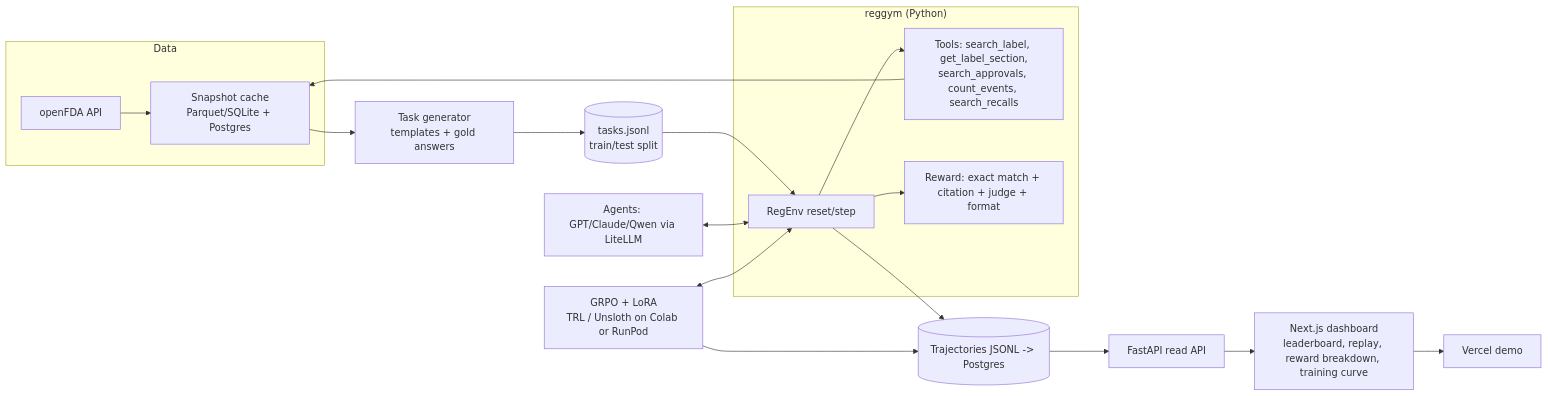
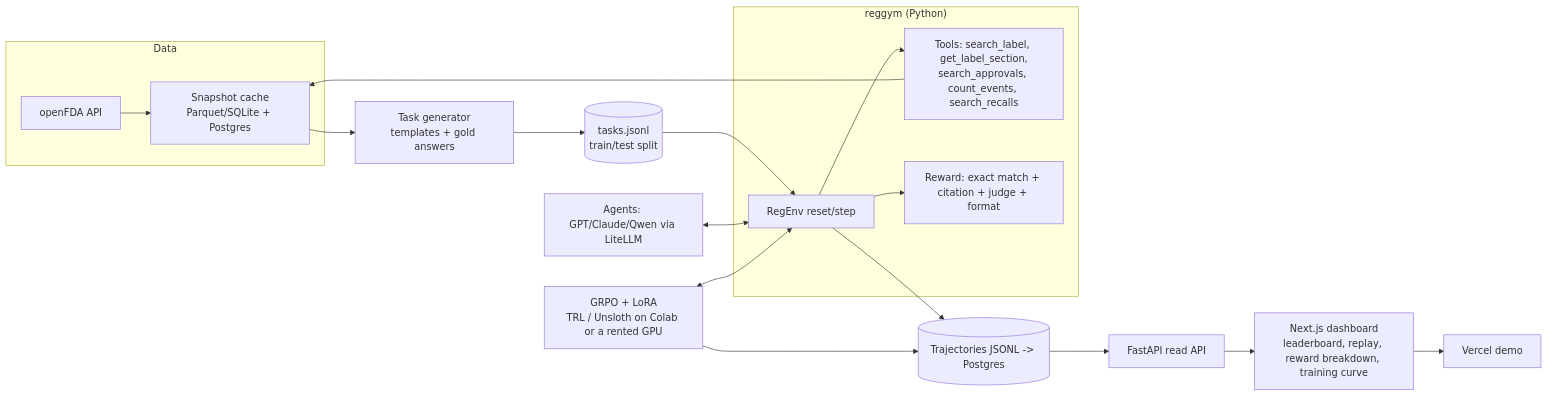
One commit to juanpablozarza/fda-gym changed the diagram in docs/PLAN.md. Above: the diagram before and after it, drawn with Mermaid. The commit also changed other lines of this file and 19 other files, not shown here.

````diff
--- a/docs/PLAN.md
+++ b/docs/PLAN.md
@@ -26,21 +26,21 @@
 ```mermaid
 flowchart LR
   subgraph Data
     A[openFDA API] --> B[Snapshot cache<br/>Parquet/SQLite + Postgres]
   end
   B --> C[Task generator<br/>templates + gold answers]
   C --> D[(tasks.jsonl<br/>train/test split)]
   subgraph Env["reggym (Python)"]
     E[RegEnv reset/step] --> F[Tools: search_label, get_label_section,<br/>search_approvals, count_events, search_recalls]
     F --> B
     E --> G[Reward: exact match + citation + judge + format]
   end
   D --> E
   H[Agents: GPT/Claude/Qwen via LiteLLM] <--> E
   E --> I[(Trajectories JSONL -> Postgres)]
-  J[GRPO + LoRA<br/>TRL / Unsloth on Colab or RunPod] <--> E
+  J[GRPO + LoRA<br/>TRL / Unsloth on Colab or a rented GPU] <--> E
   J --> I
   I --> K[FastAPI read API]
   K --> L[Next.js dashboard<br/>leaderboard, replay, reward breakdown, training curve]
   L --> M[Vercel demo]
 ```
````
